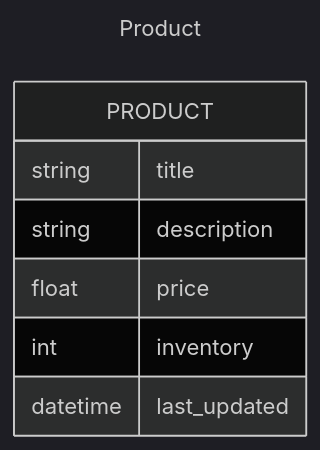
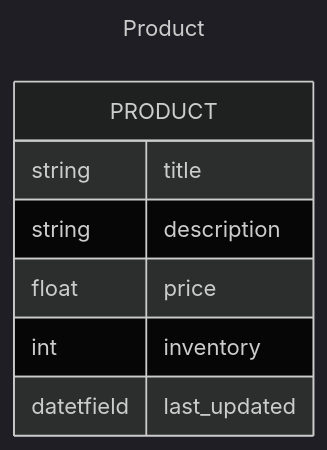
One commit to phatnguyen9722/e-store changed the first of 2 diagrams in doc/details/database.md. Above: the diagram before and after it, drawn with Mermaid (dark theme). The commit also changed other lines of this file and 3 other files, not shown here.

````diff
--- a/doc/details/database.md
+++ b/doc/details/database.md
@@ -2,13 +2,13 @@
 ```mermaid
 ---
 title: Product
 ---
 erDiagram
     PRODUCT {
         string title
         string description
         float price
         int inventory
-        datetime last_updated
+        datetfield last_updated
     }
 ```
````
